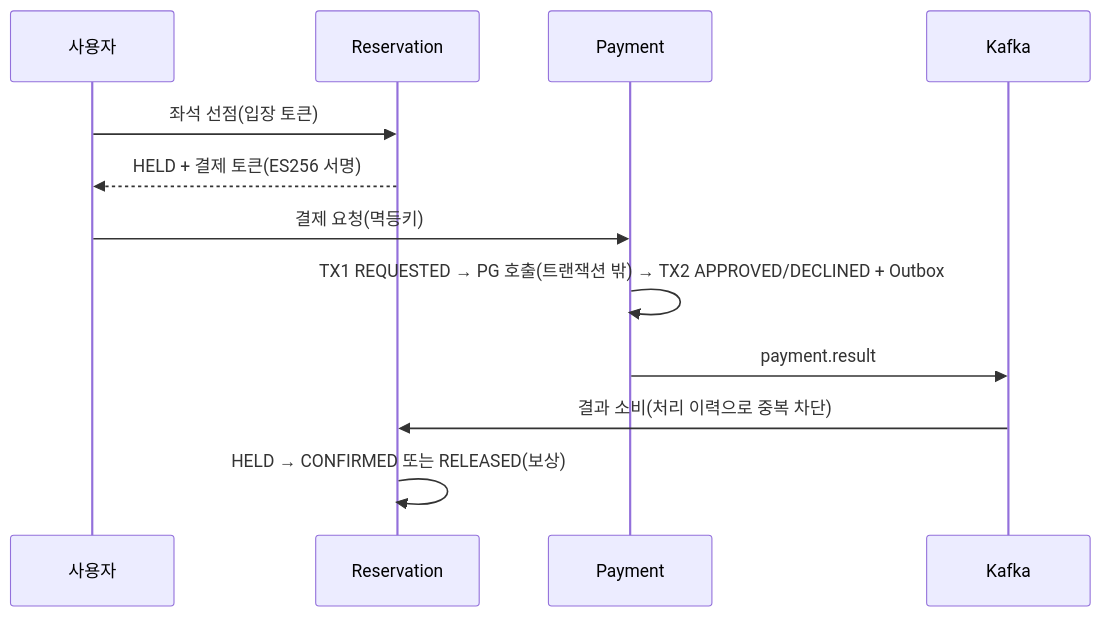
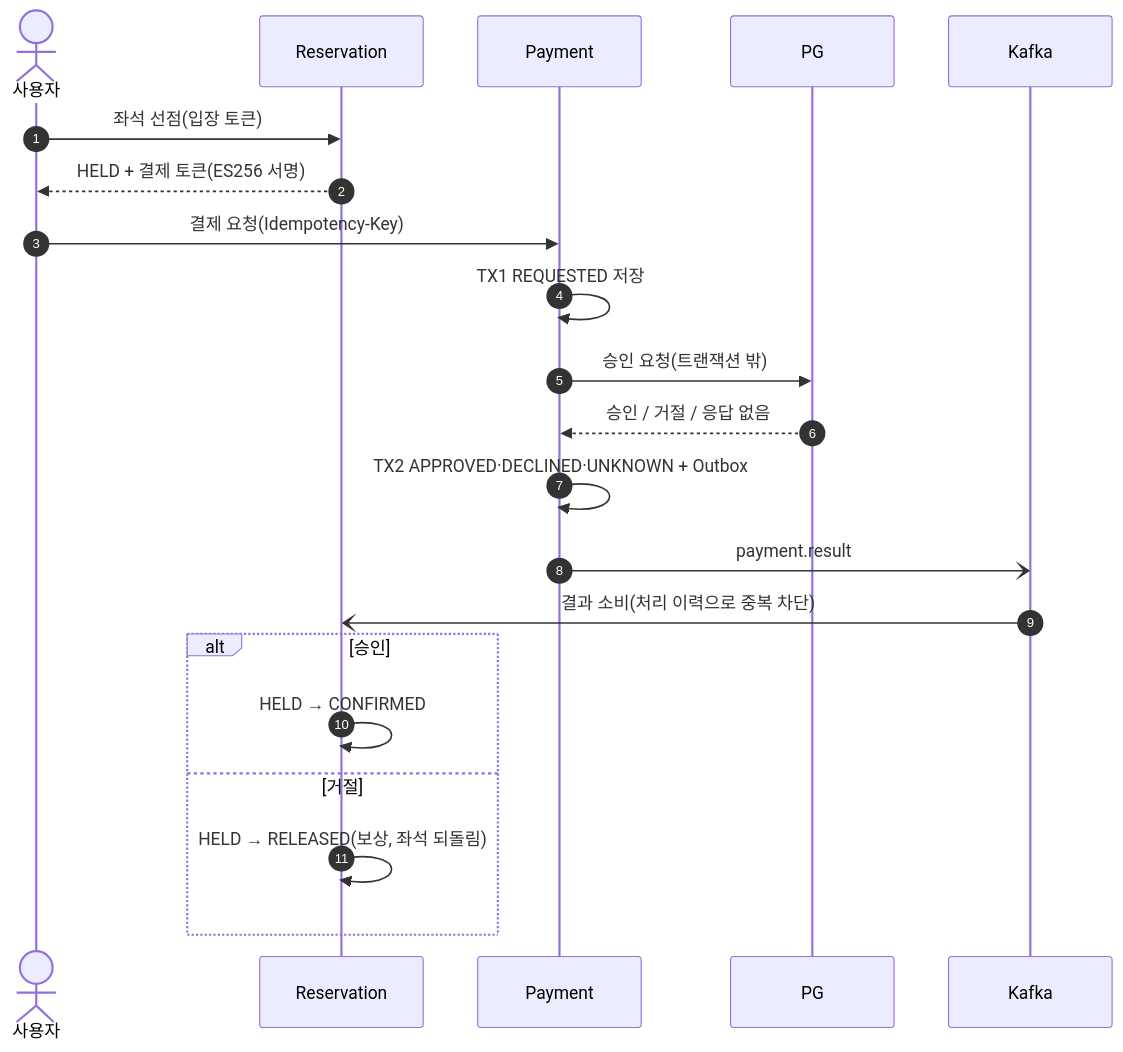
One commit to GGangMY/high-quality-ticketing-system changed the third of 8 diagrams in README.md. Above: the diagram before and after it, drawn with Mermaid. The commit also changed other lines of this file, not shown here.

Commit message:
docs(readme): README에 배너·배지·Mermaid 다이어그램 7개와 성능·SAGA 그림을 더해 다시 꾸밈 #ISE-308

````diff
--- a/README.md
+++ b/README.md
@@ -57,14 +184,24 @@
 ```mermaid
 sequenceDiagram
-  participant U as 사용자
+  autonumber
+  actor U as 사용자
   participant R as Reservation
   participant P as Payment
+  participant PG as PG
   participant K as Kafka
+
   U->>R: 좌석 선점(입장 토큰)
   R-->>U: HELD + 결제 토큰(ES256 서명)
-  U->>P: 결제 요청(멱등키)
-  P->>P: TX1 REQUESTED → PG 호출(트랜잭션 밖) → TX2 APPROVED/DECLINED + Outbox
-  P->>K: payment.result
-  K->>R: 결과 소비(처리 이력으로 중복 차단)
-  R->>R: HELD → CONFIRMED 또는 RELEASED(보상)
+  U->>P: 결제 요청(Idempotency-Key)
+  P->>P: TX1 REQUESTED 저장
+  P->>PG: 승인 요청(트랜잭션 밖)
+  PG-->>P: 승인 / 거절 / 응답 없음
+  P->>P: TX2 APPROVED·DECLINED·UNKNOWN + Outbox
+  P-)K: payment.result
+  K-)R: 결과 소비(처리 이력으로 중복 차단)
+  alt 승인
+    R->>R: HELD → CONFIRMED
+  else 거절
+    R->>R: HELD → RELEASED(보상, 좌석 되돌림)
+  end
 ```
````
